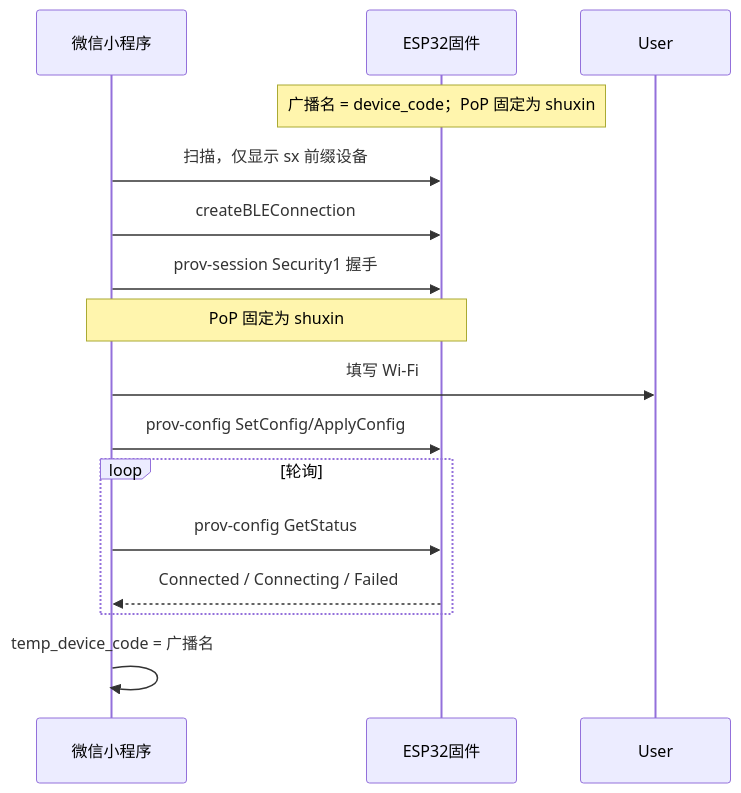
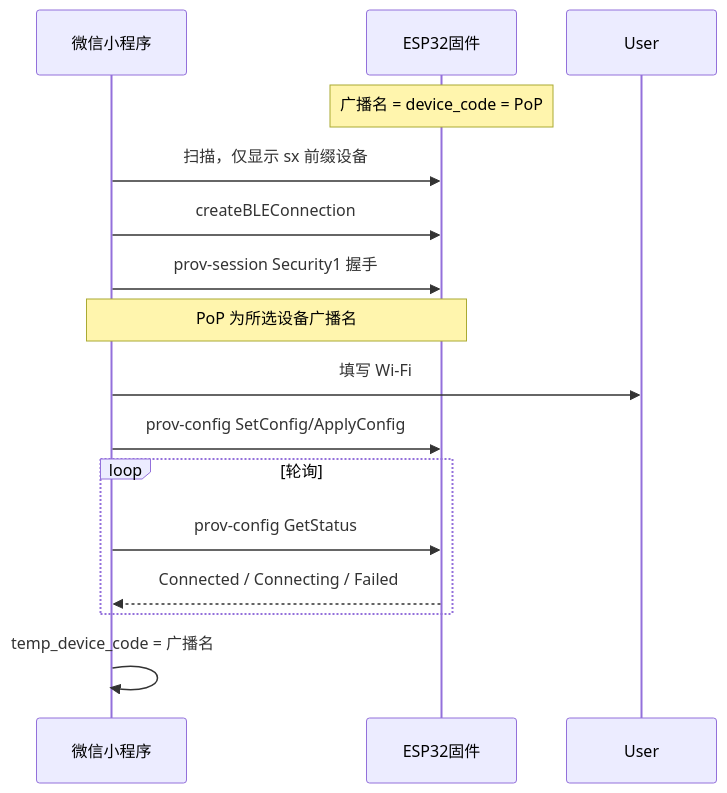
Before and after one commit to pureheartrobotics/shuxin: the diagram in docs/WECHAT_BLE_PROVISIONING_HANDOFF.md, drawn with Mermaid. The commit also changed other lines of this file and 7 other files, not shown here.

````diff
--- a/docs/WECHAT_BLE_PROVISIONING_HANDOFF.md
+++ b/docs/WECHAT_BLE_PROVISIONING_HANDOFF.md
@@ -32,18 +32,18 @@
 ```mermaid
 sequenceDiagram
   participant App as 微信小程序
   participant Dev as ESP32固件
 
-  Note over Dev: 广播名 = device_code；PoP 固定为 shuxin
+  Note over Dev: 广播名 = device_code = PoP
   App->>Dev: 扫描，仅显示 sx 前缀设备
   App->>Dev: createBLEConnection
   App->>Dev: prov-session Security1 握手
-  Note over App,Dev: PoP 固定为 shuxin
+  Note over App,Dev: PoP 为所选设备广播名
   App->>User: 填写 Wi-Fi
   App->>Dev: prov-config SetConfig/ApplyConfig
   loop 轮询
     App->>Dev: prov-config GetStatus
     Dev-->>App: Connected / Connecting / Failed
   end
   App->>App: temp_device_code = 广播名
 ```
````
